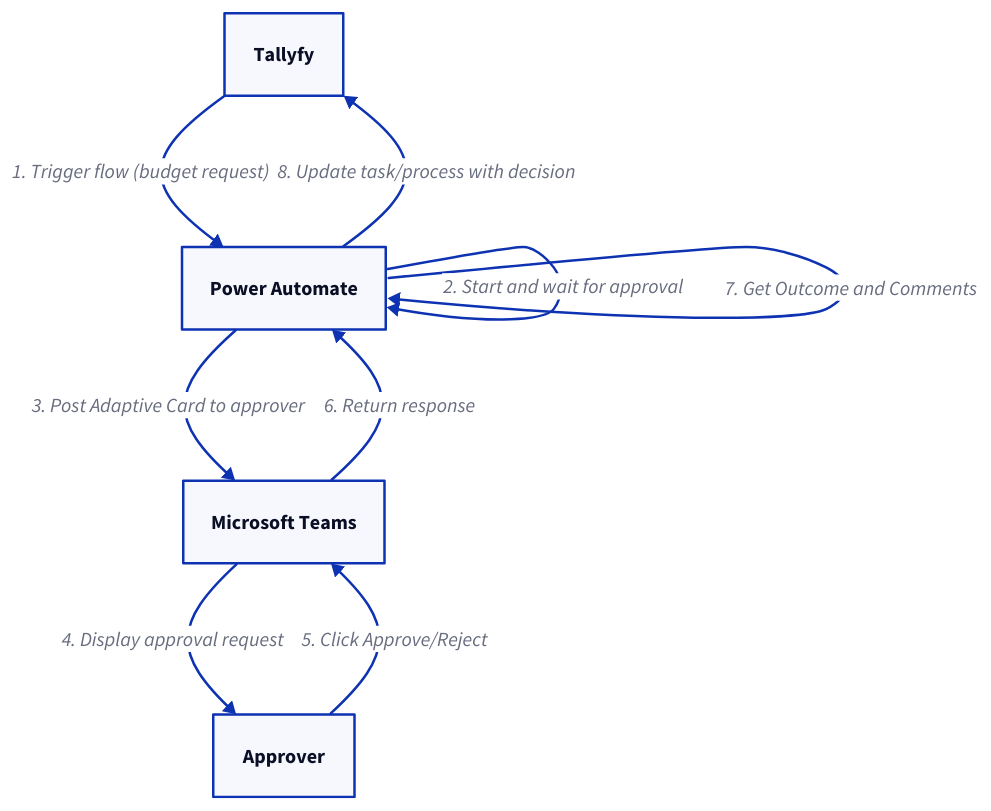
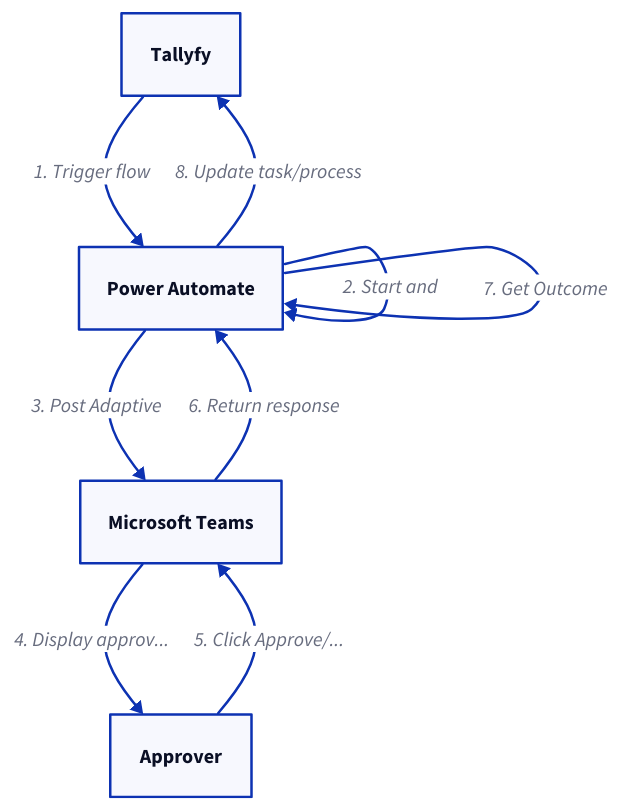
The diagram in src/content/docs/pro/integrations/middleware/power-automate/integrating-power-automate-approvals-with-microsoft-teams.mdx (tallyfy/documentation), drawn with D2 before and after one commit. The commit also changed other lines of this file and 605 other files, not shown here.

````diff
--- a/src/content/docs/pro/integrations/middleware/power-automate/integrating-power-automate-approvals-with-microsoft-teams.mdx
+++ b/src/content/docs/pro/integrations/middleware/power-automate/integrating-power-automate-approvals-with-microsoft-teams.mdx
@@ -83,18 +84,18 @@
 ```d2
 T: "Tallyfy"
 PA: "Power Automate"
 Teams: "Microsoft Teams"
 U: "Approver"
 
 # Budget Approval Request Flow
-T -> PA: "1. Trigger flow (budget request)"
-PA -> PA: "2. Start and wait for approval"
-PA -> Teams: "3. Post Adaptive Card to approver"
-Teams -> U: "4. Display approval request"
+T -> PA: "1. Trigger flow"
+PA -> PA: "2. Start and"
+PA -> Teams: "3. Post Adaptive"
+Teams -> U: "4. Display approv..."
 # Flow paused waiting for response
-U -> Teams: "5. Click Approve/Reject"
+U -> Teams: "5. Click Approve/..."
 Teams -> PA: "6. Return response"
-PA -> PA: "7. Get Outcome and Comments"
-PA -> T: "8. Update task/process with decision"
+PA -> PA: "7. Get Outcome"
+PA -> T: "8. Update task/process"
 # Process continues based on approval
 ```
````
